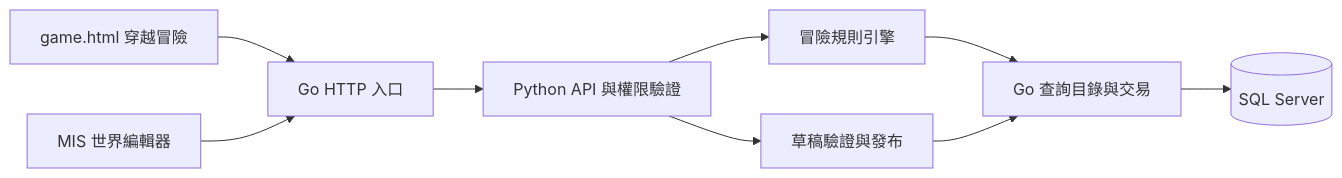
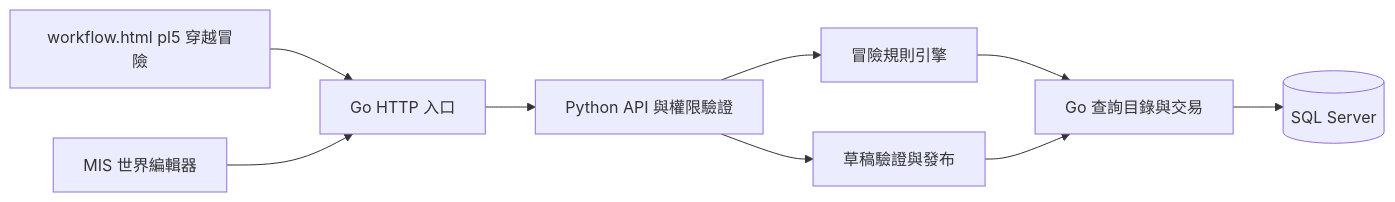
Before and after one commit to x16472/erp_site: the first of 4 diagrams in agents/RPG.md, drawn with Mermaid. The commit also changed other lines of this file and 10 other files, not shown here.

````diff
--- a/agents/RPG.md
+++ b/agents/RPG.md
@@ -91,11 +91,11 @@
 ```mermaid
 flowchart LR
-    P["game.html 穿越冒險"] --> H["Go HTTP 入口"]
+    P["workflow.html pl5 穿越冒險"] --> H["Go HTTP 入口"]
     M["MIS 世界編輯器"] --> H
     H --> A["Python API 與權限驗證"]
     A --> E["冒險規則引擎"]
     A --> C["草稿驗證與發布"]
     E --> G["Go 查詢目錄與交易"]
     C --> G
     G --> D[("SQL Server")]
 ```
````
